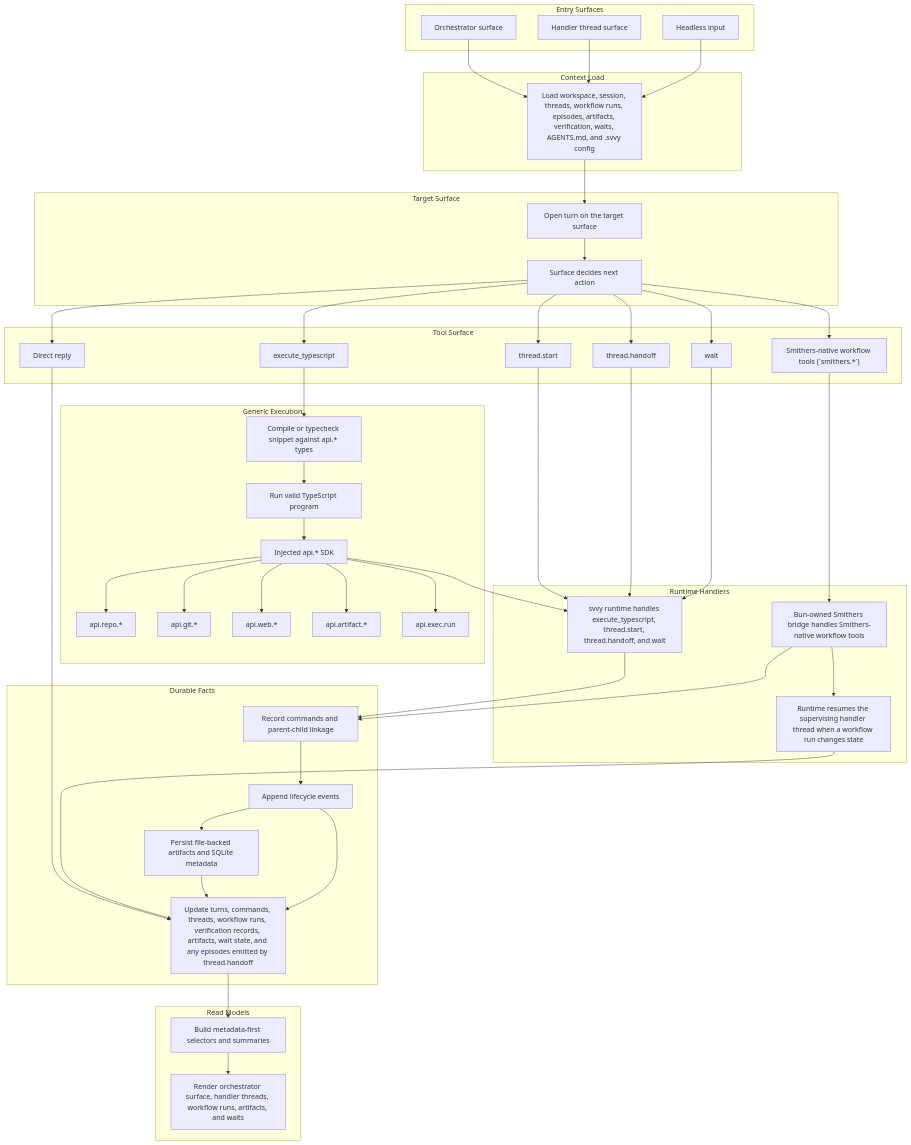
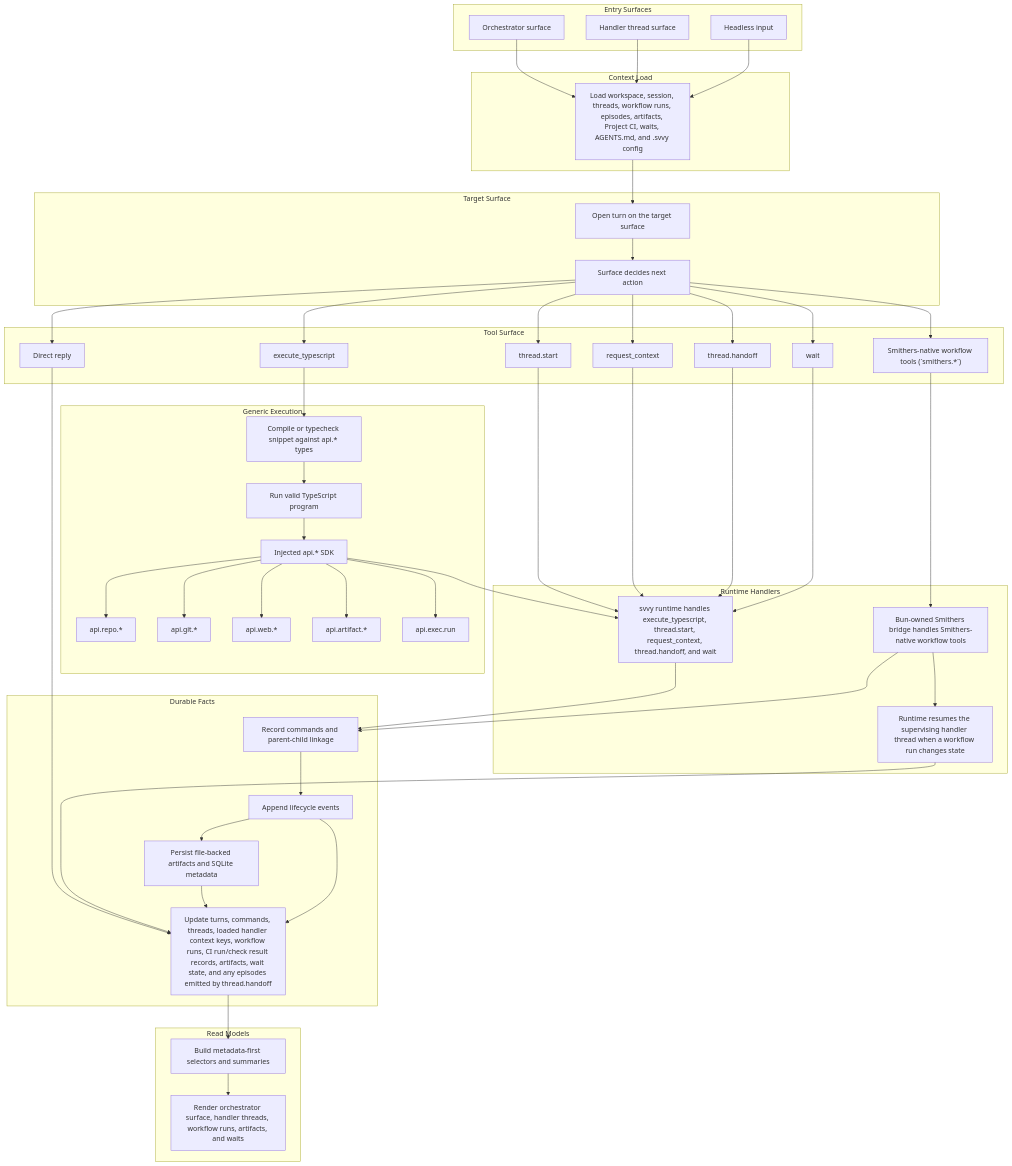
Before and after one commit to 0xpolarzero/hellm: the diagram in docs/execution-model.md, drawn with Mermaid. The commit also changed other lines of this file and 14 other files, not shown here.

Commit message:
docs: specify project ci context packs

```diff
--- a/docs/execution-model.md
+++ b/docs/execution-model.md
@@ -36,7 +36,7 @@
     end
 
     subgraph Load["Context Load"]
-        LoadState["Load workspace, session, threads, workflow runs, episodes, artifacts, verification, waits, AGENTS.md, and .svvy config"]
+        LoadState["Load workspace, session, threads, workflow runs, episodes, artifacts, Project CI, waits, AGENTS.md, and .svvy config"]
     end
 
     subgraph Surface["Target Surface"]
@@ -47,6 +47,7 @@
     subgraph Tools["Tool Surface"]
         Generic["execute_typescript"]
         ThreadStart["thread.start"]
+        RequestContext["request_context"]
         ThreadHandoff["thread.handoff"]
         SmithersTools["Smithers-native workflow tools (`smithers.*`)"]
         Wait["wait"]
@@ -65,7 +66,7 @@
     end
 
     subgraph Runtime["Runtime Handlers"]
-        RuntimeHandler["svvy runtime handles execute_typescript, thread.start, thread.handoff, and wait"]
+        RuntimeHandler["svvy runtime handles execute_typescript, thread.start, request_context, thread.handoff, and wait"]
         SmithersBridge["Bun-owned Smithers bridge handles Smithers-native workflow tools"]
         ResumeHandler["Runtime resumes the supervising handler thread when a workflow run changes state"]
     end
@@ -74,7 +75,7 @@
         Commands["Record commands and parent-child linkage"]
         Events["Append lifecycle events"]
         Artifacts["Persist file-backed artifacts and SQLite metadata"]
-        State["Update turns, commands, threads, workflow runs, verification records, artifacts, wait state, and any episodes emitted by thread.handoff"]
+        State["Update turns, commands, threads, loaded handler context keys, workflow runs, CI run/check result records, artifacts, wait state, and any episodes emitted by thread.handoff"]
     end
 
     subgraph ReadModels["Read Models"]
@@ -91,6 +92,7 @@
 
     Decide --> Generic
     Decide --> ThreadStart
+    Decide --> RequestContext
     Decide --> ThreadHandoff
     Decide --> SmithersTools
     Decide --> Wait
@@ -107,6 +109,7 @@
     Api --> RuntimeHandler
 
     ThreadStart --> RuntimeHandler
+    RequestContext --> RuntimeHandler
     ThreadHandoff --> RuntimeHandler
     SmithersTools --> SmithersBridge
     Wait --> RuntimeHandler
```
